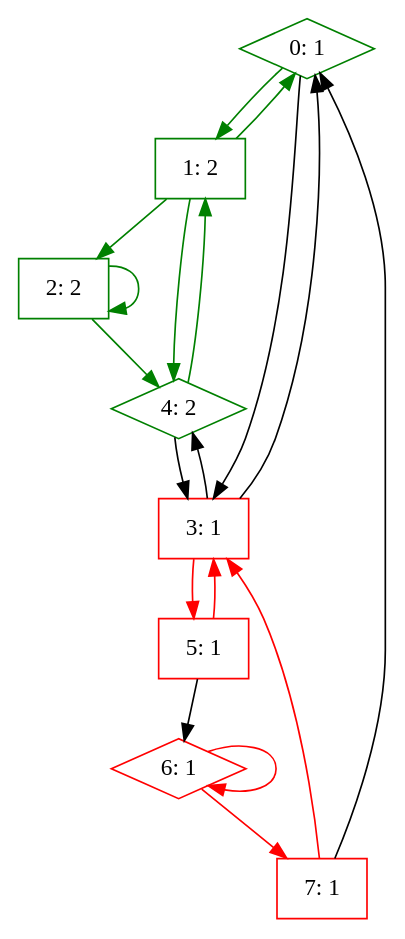
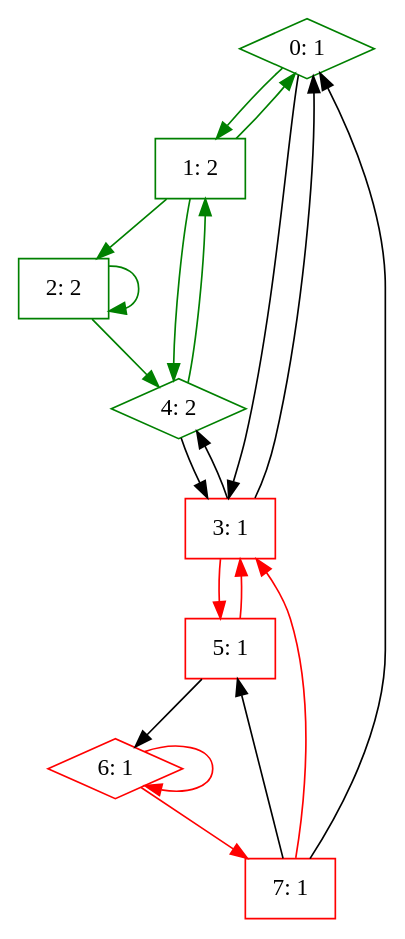
The diagram in ggsolver/dtptb/examples/graph.dot (abhibp1993/ggsolver), drawn with Graphviz before and after one commit. The commit also changed 2 other files, not shown here.

Commit message:
#wip: dot graph generation.

```diff
--- a/ggsolver/dtptb/examples/graph.dot
+++ b/ggsolver/dtptb/examples/graph.dot
@@ -1,28 +1,29 @@
 digraph G {
 N0 [ shape="diamond", label="0: 1", color="green" ];
 N0 -> N1 [ color="green" ];
 N0 -> N3 [ color="black" ];
 N1 [ shape="box", label="1: 2", color="green" ];
 N1 -> N0 [ color="green" ];
 N1 -> N2 [ color="green" ];
 N1 -> N4 [ color="green" ];
 N2 [ shape="box", label="2: 2", color="green" ];
 N2 -> N2 [ color="green" ];
 N2 -> N4 [ color="green" ];
 N3 [ shape="box", label="3: 1", color="red" ];
 N3 -> N0 [ color="black" ];
 N3 -> N4 [ color="black" ];
 N3 -> N5 [ color="red" ];
 N4 [ shape="diamond", label="4: 2", color="green" ];
 N4 -> N1 [ color="green" ];
 N4 -> N3 [ color="black" ];
 N5 [ shape="box", label="5: 1", color="red" ];
 N5 -> N3 [ color="red" ];
 N5 -> N6 [ color="black" ];
 N6 [ shape="diamond", label="6: 1", color="red" ];
 N6 -> N6 [ color="red" ];
 N6 -> N7 [ color="red" ];
 N7 [ shape="box", label="7: 1", color="red" ];
 N7 -> N0 [ color="black" ];
 N7 -> N3 [ color="red" ];
+N7 -> N5 [ color="black" ];
 }
```
